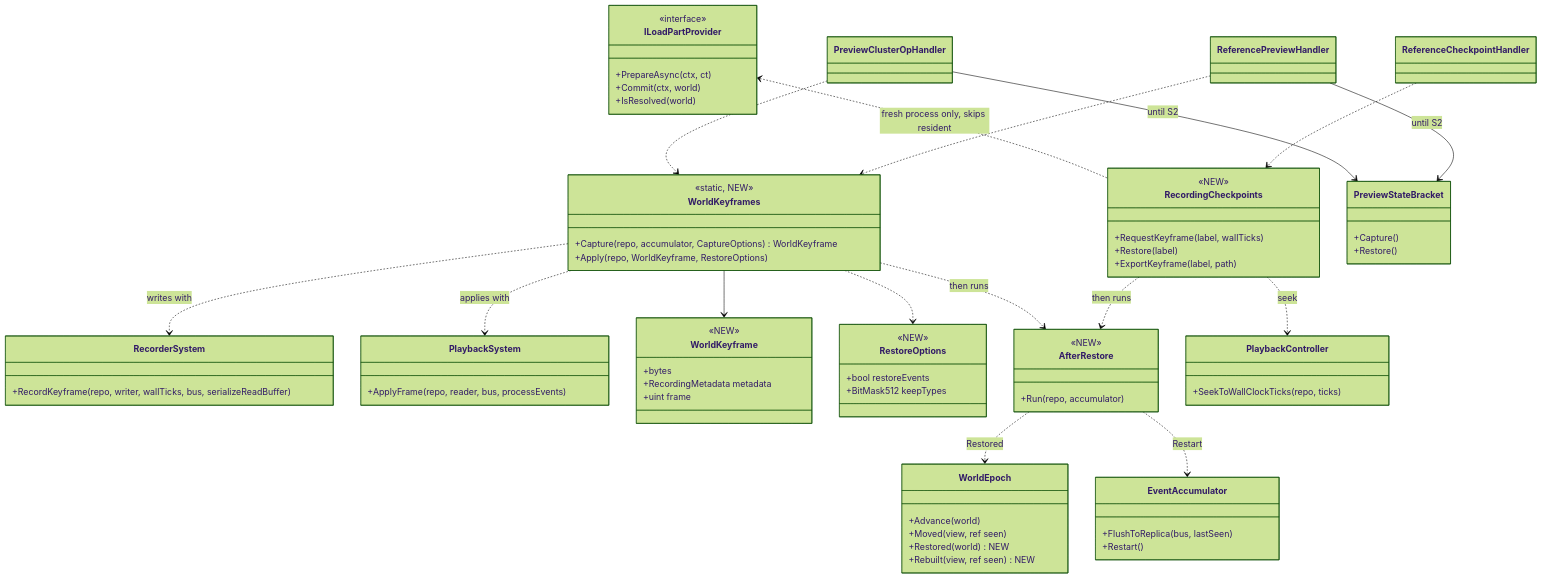
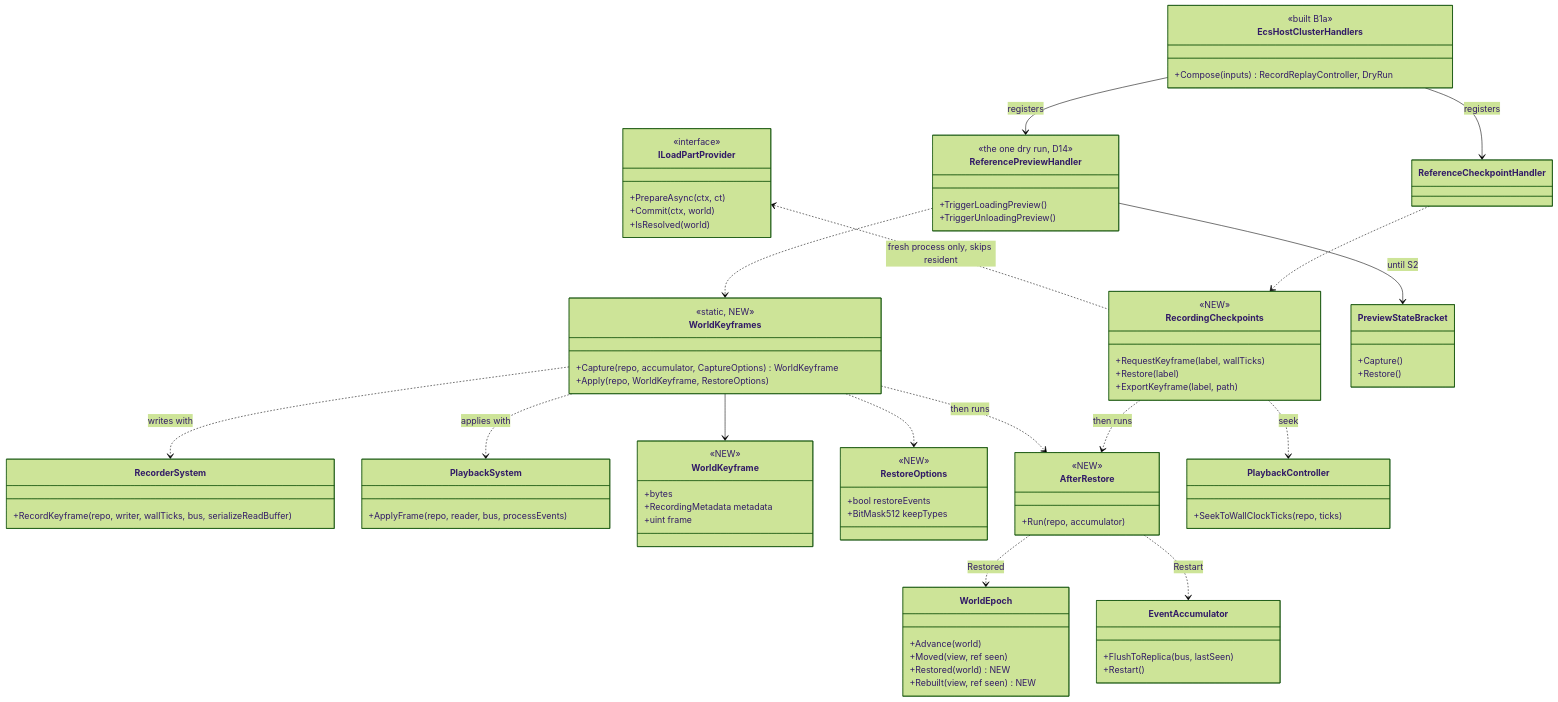
The second of 3 diagrams in docs/DESIGN_Checkpoint_And_Dry_Run_Restore.md (pjanec/HROT), drawn with Mermaid (forest theme) before and after one commit. The commit also changed other lines of this file and 21 other files, not shown here.

````diff
--- a/docs/DESIGN_Checkpoint_And_Dry_Run_Restore.md
+++ b/docs/DESIGN_Checkpoint_And_Dry_Run_Restore.md
@@ -167,8 +175,15 @@
     +Commit(ctx, world)
     +IsResolved(world)
   }
-  class PreviewClusterOpHandler
-  class ReferencePreviewHandler
+  class EcsHostClusterHandlers {
+    <<built B1a>>
+    +Compose(inputs) RecordReplayController, DryRun
+  }
+  class ReferencePreviewHandler {
+    <<the one dry run, D14>>
+    +TriggerLoadingPreview()
+    +TriggerUnloadingPreview()
+  }
   class ReferenceCheckpointHandler
   class PreviewStateBracket {
     +Capture()
@@ -190,9 +205,9 @@
   RecordingCheckpoints ..> PlaybackController : seek
   RecordingCheckpoints ..> AfterRestore : then runs
   ILoadPartProvider <.. RecordingCheckpoints : fresh process only, skips resident
-  PreviewClusterOpHandler ..> WorldKeyframes
+  EcsHostClusterHandlers --> ReferencePreviewHandler : registers
+  EcsHostClusterHandlers --> ReferenceCheckpointHandler : registers
   ReferencePreviewHandler ..> WorldKeyframes
   ReferenceCheckpointHandler ..> RecordingCheckpoints
-  PreviewClusterOpHandler --> PreviewStateBracket : until S2
   ReferencePreviewHandler --> PreviewStateBracket : until S2
 ```
````
